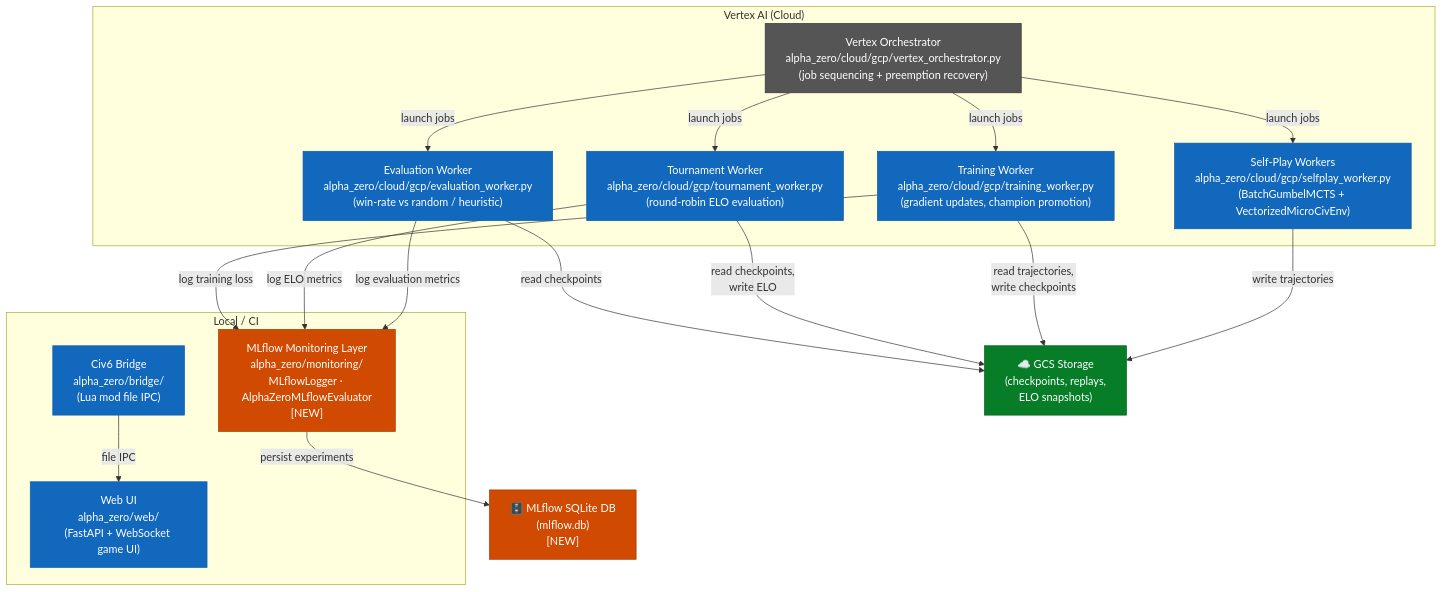
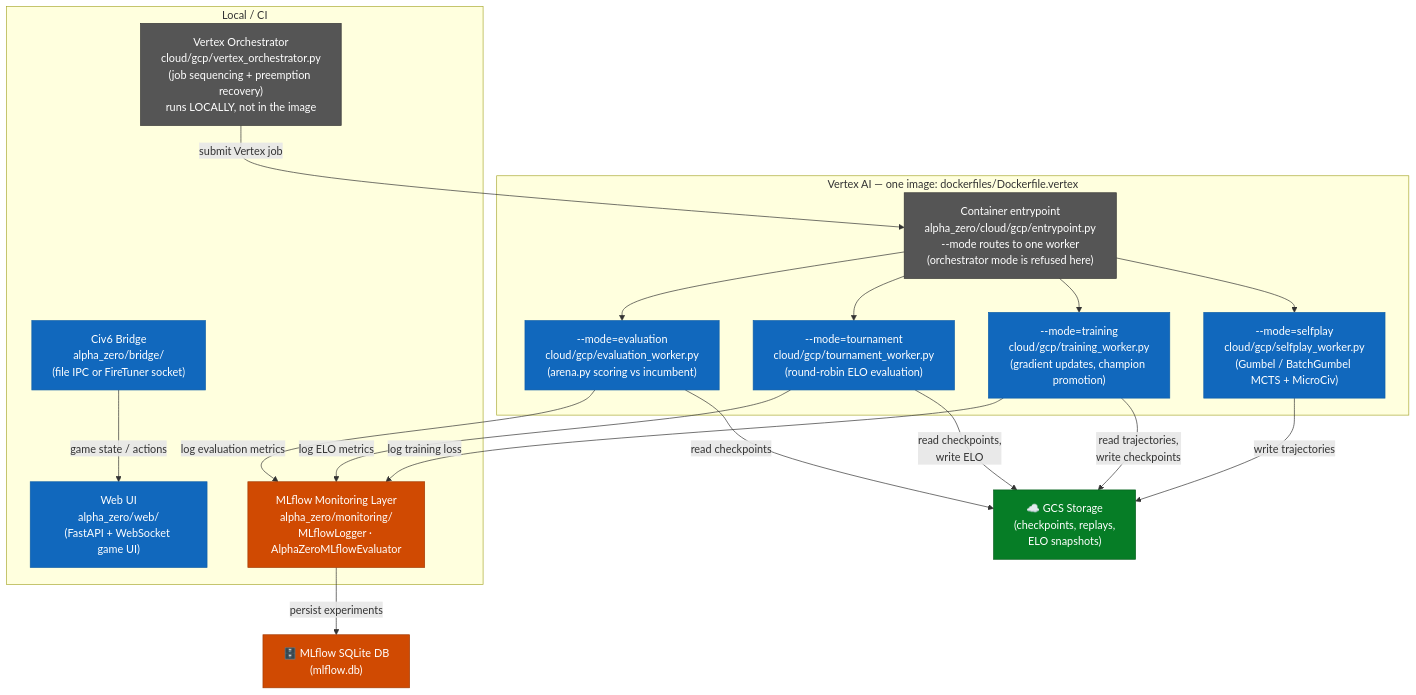
Before and after one commit to Mango-Metrics-NLM/Civ6-AlphaZero: the second of 6 diagrams in docs/architecture/C4_ARCHITECTURE.md, drawn with Mermaid. The commit also changed other lines of this file and 11 other files, not shown here.

````diff
--- a/docs/architecture/C4_ARCHITECTURE.md
+++ b/docs/architecture/C4_ARCHITECTURE.md
@@ -54,41 +68,43 @@
 ```mermaid
 flowchart TB
     classDef worker fill:#1168BD,color:#fff,stroke:#0E5EA8
     classDef storage fill:#067D26,color:#fff,stroke:#055E1C
     classDef new fill:#D04A02,color:#fff,stroke:#A33A01
     classDef infra fill:#555,color:#fff,stroke:#333
 
     GCS["☁️ GCS Storage\n(checkpoints, replays,\nELO snapshots)"]:::storage
-    MLiteDB["🗄️ MLflow SQLite DB\n(mlflow.db)\n[NEW]"]:::new
+    MLiteDB["🗄️ MLflow SQLite DB\n(mlflow.db)"]:::new
 
-    subgraph VertexAI["Vertex AI (Cloud)"]
-        SPWorker["Self-Play Workers\nalpha_zero/cloud/gcp/selfplay_worker.py\n(BatchGumbelMCTS + VectorizedMicroCivEnv)"]:::worker
-        TrainWorker["Training Worker\nalpha_zero/cloud/gcp/training_worker.py\n(gradient updates, champion promotion)"]:::worker
-        TournWorker["Tournament Worker\nalpha_zero/cloud/gcp/tournament_worker.py\n(round-robin ELO evaluation)"]:::worker
-        EvalWorker["Evaluation Worker\nalpha_zero/cloud/gcp/evaluation_worker.py\n(win-rate vs random / heuristic)"]:::worker
-        VOrch["Vertex Orchestrator\nalpha_zero/cloud/gcp/vertex_orchestrator.py\n(job sequencing + preemption recovery)"]:::infra
+    subgraph VertexAI["Vertex AI — one image: dockerfiles/Dockerfile.vertex"]
+        Entry["Container entrypoint\nalpha_zero/cloud/gcp/entrypoint.py\n--mode routes to one worker\n(orchestrator mode is refused here)"]:::infra
+        SPWorker["--mode=selfplay\ncloud/gcp/selfplay_worker.py\n(Gumbel / BatchGumbel MCTS + MicroCiv)"]:::worker
+        TrainWorker["--mode=training\ncloud/gcp/training_worker.py\n(gradient updates, champion promotion)"]:::worker
+        TournWorker["--mode=tournament\ncloud/gcp/tournament_worker.py\n(round-robin ELO evaluation)"]:::worker
+        EvalWorker["--mode=evaluation\ncloud/gcp/evaluation_worker.py\n(arena.py scoring vs incumbent)"]:::worker
     end
 
     subgraph Local["Local / CI"]
-        MonLayer["MLflow Monitoring Layer\nalpha_zero/monitoring/\nMLflowLogger · AlphaZeroMLflowEvaluator\n[NEW]"]:::new
+        VOrch["Vertex Orchestrator\ncloud/gcp/vertex_orchestrator.py\n(job sequencing + preemption recovery)\nruns LOCALLY, not in the image"]:::infra
+        MonLayer["MLflow Monitoring Layer\nalpha_zero/monitoring/\nMLflowLogger · AlphaZeroMLflowEvaluator"]:::new
         WebUI["Web UI\nalpha_zero/web/\n(FastAPI + WebSocket game UI)"]:::worker
-        Bridge["Civ6 Bridge\nalpha_zero/bridge/\n(Lua mod file IPC)"]:::worker
+        Bridge["Civ6 Bridge\nalpha_zero/bridge/\n(file IPC or FireTuner socket)"]:::worker
     end
 
-    VOrch -->|"launch jobs"| SPWorker
-    VOrch -->|"launch jobs"| TrainWorker
-    VOrch -->|"launch jobs"| TournWorker
-    VOrch -->|"launch jobs"| EvalWorker
+    VOrch -->|"submit Vertex job"| Entry
+    Entry --> SPWorker
+    Entry --> TrainWorker
+    Entry --> TournWorker
+    Entry --> EvalWorker
 
     SPWorker -->|"write trajectories"| GCS
     TrainWorker -->|"read trajectories,\nwrite checkpoints"| GCS
     TournWorker -->|"read checkpoints,\nwrite ELO"| GCS
     EvalWorker -->|"read checkpoints"| GCS
 
     EvalWorker -->|"log evaluation metrics"| MonLayer
     TournWorker -->|"log ELO metrics"| MonLayer
     TrainWorker -->|"log training loss"| MonLayer
     MonLayer -->|"persist experiments"| MLiteDB
 
-    Bridge -->|"file IPC"| WebUI
+    Bridge -->|"game state / actions"| WebUI
 ```
````
